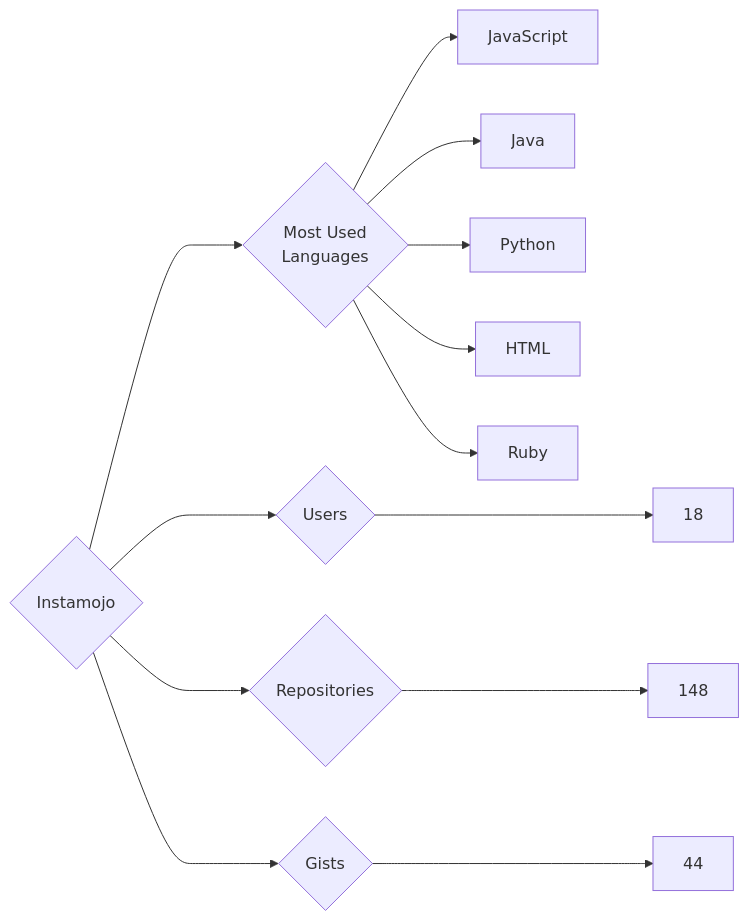
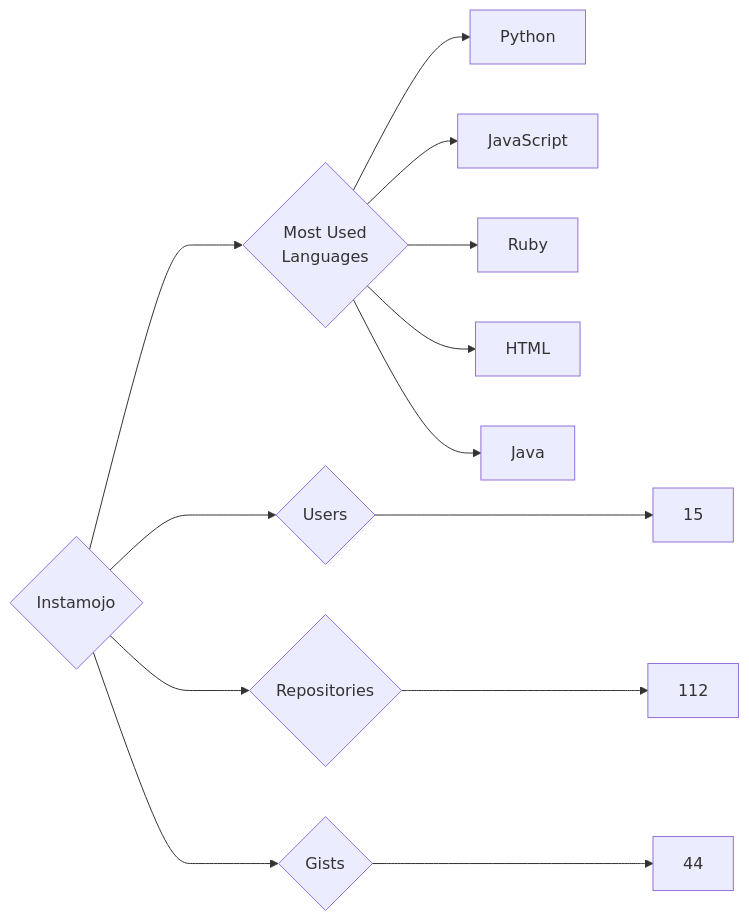
One commit to trickest/insiders changed the diagram in targets/Instamojo/README.md. Above: the diagram before and after it, drawn with Mermaid. The commit also changed 860 other files, not shown here.

````diff
--- a/targets/Instamojo/README.md
+++ b/targets/Instamojo/README.md
@@ -3,13 +3,13 @@
 ```mermaid
 graph LR
 COMPANY_NAME{Instamojo}
-COMPANY_NAME ---> U{Users} ---> UN[18]
-COMPANY_NAME ---> R{Repositories} ---> RN[148]
+COMPANY_NAME ---> U{Users} ---> UN[15]
+COMPANY_NAME ---> R{Repositories} ---> RN[112]
 COMPANY_NAME ---> G{Gists} ---> GN[44]
 COMPANY_NAME ---> ML{Most Used<br>Languages}
+ML --> Python[Python]
 ML --> JavaScript[JavaScript]
+ML --> Ruby[Ruby]
+ML --> HTML[HTML]
 ML --> Java[Java]
-ML --> Python[Python]
-ML --> HTML[HTML]
-ML --> Ruby[Ruby]
 ```
````
